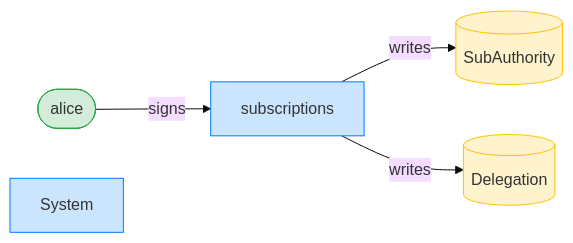
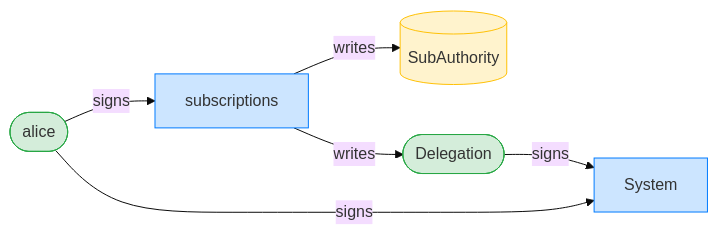
Before and after one commit to cds-rs/subscriptions: the seventh of 12 diagrams in dsl_tests/revoke-a-recurring-delegation-across-versions.md, drawn with Mermaid (base theme). The commit also changed other lines of this file and 224 other files, not shown here.

````diff
--- a/dsl_tests/revoke-a-recurring-delegation-across-versions.md
+++ b/dsl_tests/revoke-a-recurring-delegation-across-versions.md
@@ -128,14 +134,16 @@
 ```mermaid
 flowchart LR
     classDef signer fill:#d4edda,stroke:#28a745;
     classDef program fill:#cce5ff,stroke:#007bff;
     classDef writable fill:#fff3cd,stroke:#ffc107;
     subscriptions[subscriptions]:::program
     alice([alice]):::signer
     SubAuthority[(SubAuthority)]:::writable
-    Delegation[(Delegation)]:::writable
+    Delegation([Delegation]):::signer
     System[System]:::program
     alice -->|signs| subscriptions
+    alice -->|signs| System
+    Delegation -->|signs| System
     subscriptions -->|writes| SubAuthority
     subscriptions -->|writes| Delegation
 ```
````
